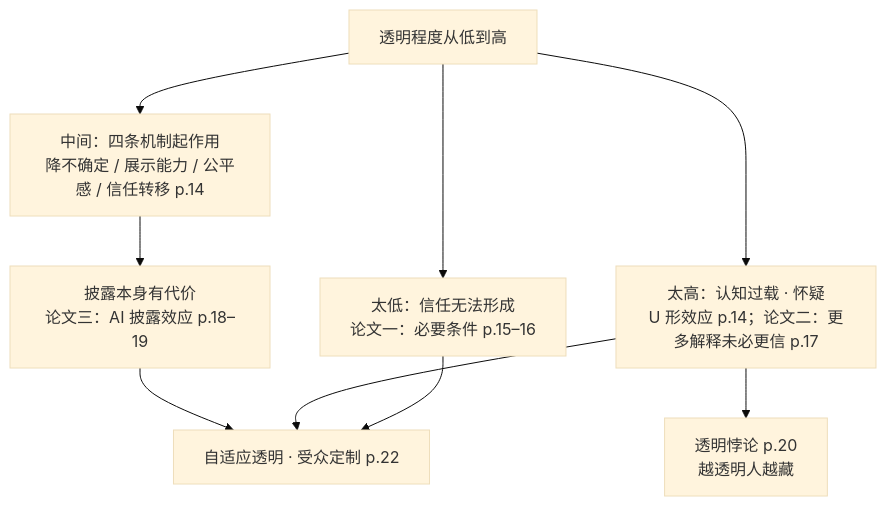
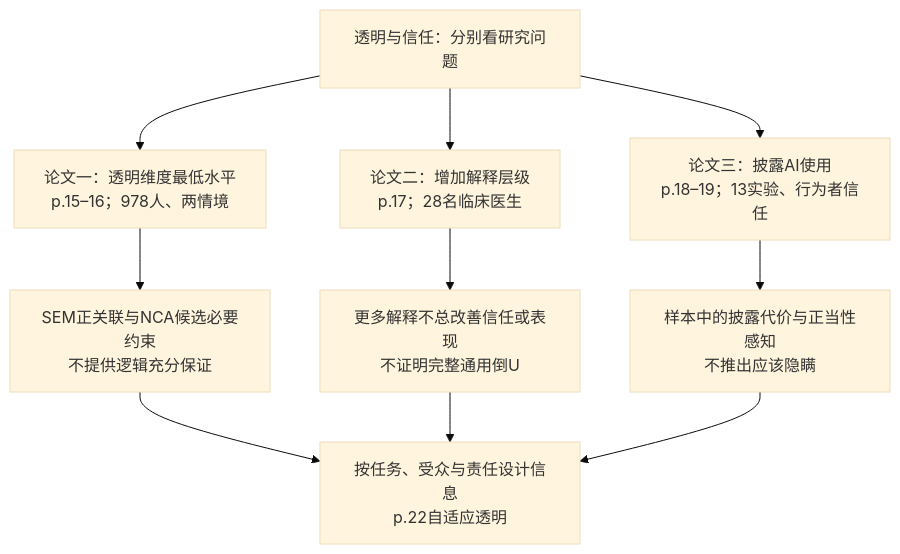
Before and after one commit to CercaTrovato/cityu-ai-course-notes: the third of 4 diagrams in IS5113_AI_Ethics_and_Regulations/notes/M04-AI透明-从看得见到信得过.md, drawn with Mermaid (base theme). The commit also changed other lines of this file and 224 other files, not shown here.

First line of the commit message:
完善五门课图文可读性并更新仓库首页

````diff
--- a/IS5113_AI_Ethics_and_Regulations/notes/M04-AI透明-从看得见到信得过.md
+++ b/IS5113_AI_Ethics_and_Regulations/notes/M04-AI透明-从看得见到信得过.md
@@ -2100,11 +4843,12 @@
 ```mermaid
 flowchart TD
-    S[透明程度从低到高] --> L1[太低：信任无法形成<br/>论文一：必要条件 p.15–16]
-    S --> M1[中间：四条机制起作用<br/>降不确定 / 展示能力 / 公平感 / 信任转移 p.14]
-    S --> H1[太高：认知过载 · 怀疑<br/>U 形效应 p.14；论文二：更多解释未必更信 p.17]
-    M1 --> D1[披露本身有代价<br/>论文三：AI 披露效应 p.18–19]
-    H1 --> PX[透明悖论 p.20<br/>越透明人越藏]
-    D1 --> AD[自适应透明 · 受众定制 p.22]
-    H1 --> AD
-    L1 --> AD
+ Q["透明与信任：分别看研究问题"] --> A["论文一：透明维度最低水平<br/>p.15–16；978人、两情境"]
+ Q --> B["论文二：增加解释层级<br/>p.17；28名临床医生"]
+ Q --> C["论文三：披露AI使用<br/>p.18–19；13实验、行为者信任"]
+ A --> A1["SEM正关联与NCA候选必要约束<br/>不提供逻辑充分保证"]
+ B --> B1["更多解释不总改善信任或表现<br/>不证明完整通用倒U"]
+ C --> C1["样本中的披露代价与正当性感知<br/>不推出应该隐瞒"]
+ A1 --> D["按任务、受众与责任设计信息<br/>p.22自适应透明"]
+ B1 --> D
+ C1 --> D
 ```
````
